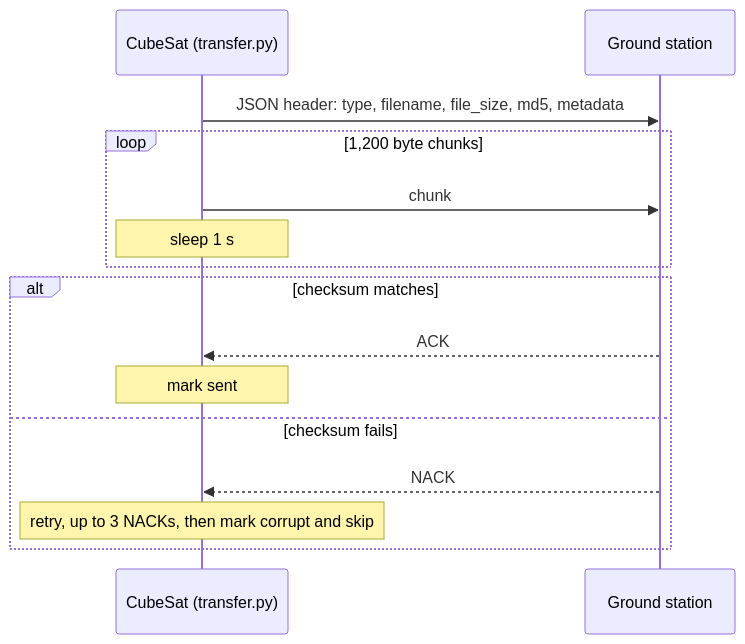
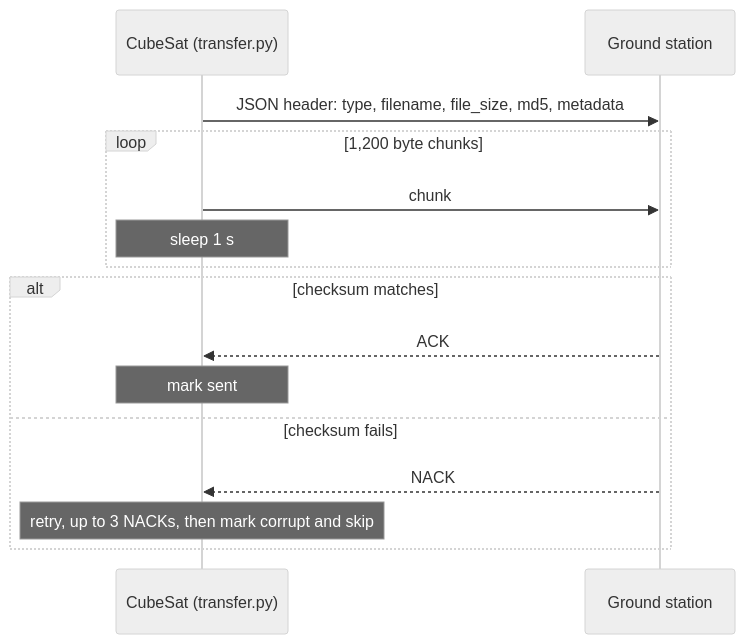
Before and after one commit to ayushg8/MIT-BWSI-Cubesat: the second of 2 diagrams in README.md, drawn with Mermaid. The commit also changed other lines of this file, not shown here.

Commit message:
Use neutral theme for README diagrams

````diff
--- a/README.md
+++ b/README.md
@@ -92,17 +93,18 @@
 ```mermaid
+%%{init: {'theme': 'neutral'}}%%
 sequenceDiagram
     participant S as CubeSat (transfer.py)
     participant G as Ground station
     S->>G: JSON header: type, filename, file_size, md5, metadata
     loop 1,200 byte chunks
         S->>G: chunk
         Note over S: sleep 1 s
     end
     alt checksum matches
         G-->>S: ACK
         Note over S: mark sent
     else checksum fails
         G-->>S: NACK
         Note over S: retry, up to 3 NACKs, then mark corrupt and skip
     end
 ```
````
